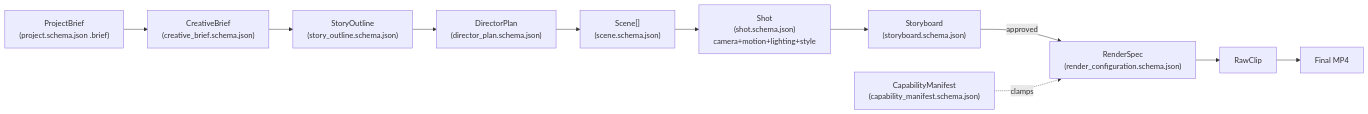
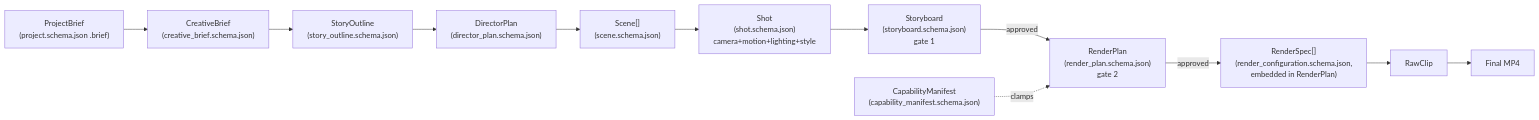
The second of 2 diagrams in docs/ARCHITECTURE.md (Y1X0/sallehly-ai-engine), drawn with Mermaid before and after one commit. The commit also changed other lines of this file and 36 other files, not shown here.

First line of the commit message:
Phase 2: Creative Compiler (Camera/Motion/Lighting/Style Directors, Storyboard Generator, Render Specification Generator)

````diff
--- a/docs/ARCHITECTURE.md
+++ b/docs/ARCHITECTURE.md
@@ -65,13 +69,14 @@
 ```mermaid
 flowchart LR
     Brief["ProjectBrief<br/>(project.schema.json .brief)"] --> CB["CreativeBrief<br/>(creative_brief.schema.json)"]
     CB --> SO["StoryOutline<br/>(story_outline.schema.json)"]
     SO --> DP["DirectorPlan<br/>(director_plan.schema.json)"]
     DP --> Scene["Scene[]<br/>(scene.schema.json)"]
     Scene --> Shot["Shot<br/>(shot.schema.json)<br/>camera+motion+lighting+style"]
-    Shot --> SB["Storyboard<br/>(storyboard.schema.json)"]
-    SB -->|approved| RS["RenderSpec<br/>(render_configuration.schema.json)"]
-    CM["CapabilityManifest<br/>(capability_manifest.schema.json)"] -.clamps.-> RS
+    Shot --> SB["Storyboard<br/>(storyboard.schema.json)<br/>gate 1"]
+    SB -->|approved| RP["RenderPlan<br/>(render_plan.schema.json)<br/>gate 2"]
+    CM["CapabilityManifest<br/>(capability_manifest.schema.json)"] -.clamps.-> RP
+    RP -->|approved| RS["RenderSpec[]<br/>(render_configuration.schema.json,<br/>embedded in RenderPlan)"]
     RS --> Clip["RawClip"]
     Clip --> Final["Final MP4"]
 ```
````
